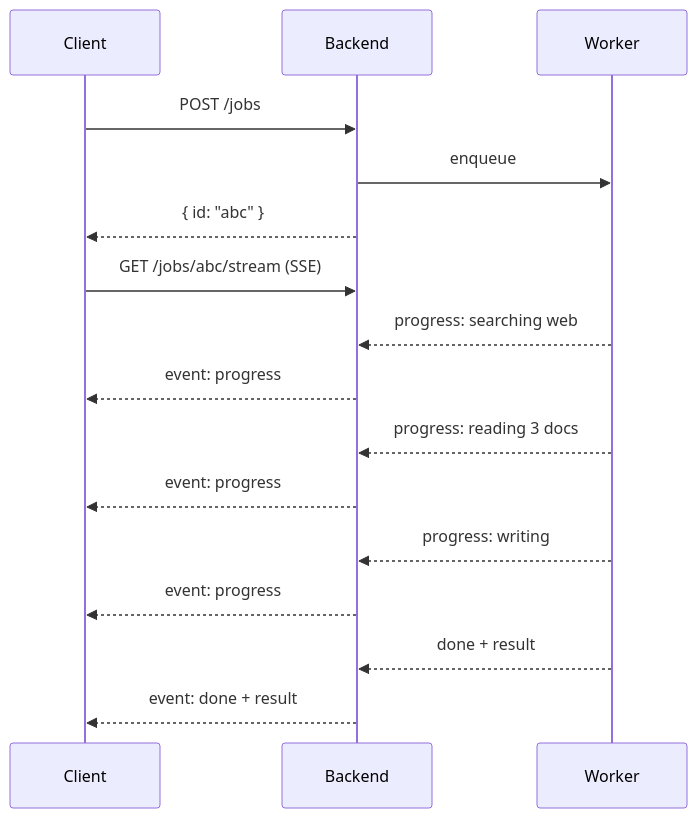
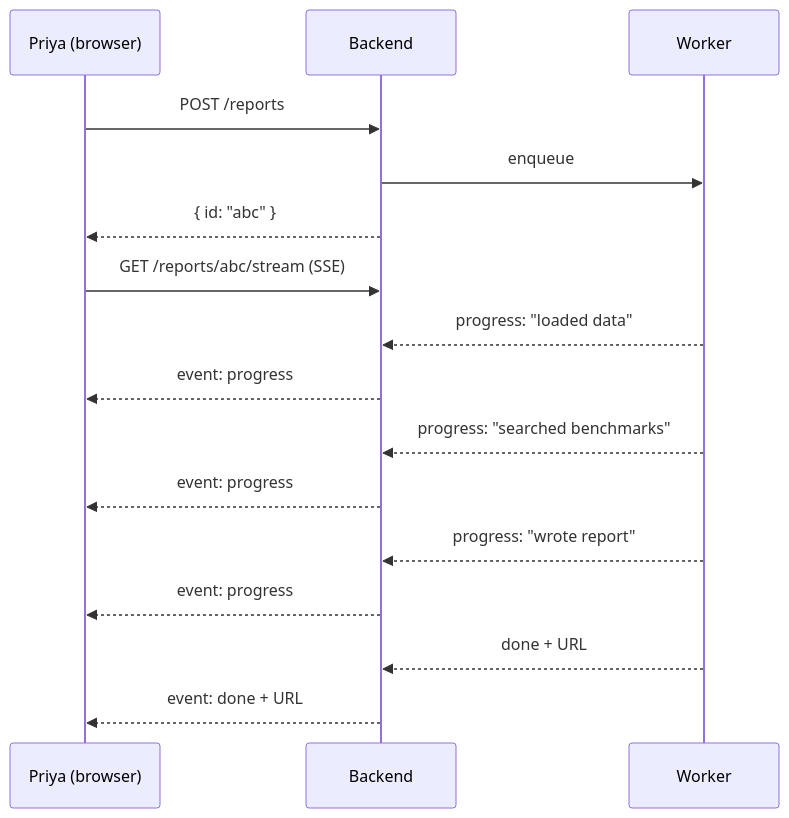
The third of 8 diagrams in concepts/07_ai_agents_mcp.md (fnusatvik07/real-time-events), drawn with Mermaid before and after one commit. The commit also changed other lines of this file and 7 other files, not shown here.

````diff
--- a/concepts/07_ai_agents_mcp.md
+++ b/concepts/07_ai_agents_mcp.md
@@ -79,18 +123,18 @@
 ```mermaid
 sequenceDiagram
-    participant C as Client
+    participant C as Priya (browser)
     participant B as Backend
     participant W as Worker
-    C->>B: POST /jobs
+    C->>B: POST /reports
     B->>W: enqueue
     B-->>C: { id: "abc" }
-    C->>B: GET /jobs/abc/stream (SSE)
-    W-->>B: progress: searching web
+    C->>B: GET /reports/abc/stream (SSE)
+    W-->>B: progress: "loaded data"
     B-->>C: event: progress
-    W-->>B: progress: reading 3 docs
+    W-->>B: progress: "searched benchmarks"
     B-->>C: event: progress
-    W-->>B: progress: writing
+    W-->>B: progress: "wrote report"
     B-->>C: event: progress
-    W-->>B: done + result
-    B-->>C: event: done + result
+    W-->>B: done + URL
+    B-->>C: event: done + URL
 ```
````
